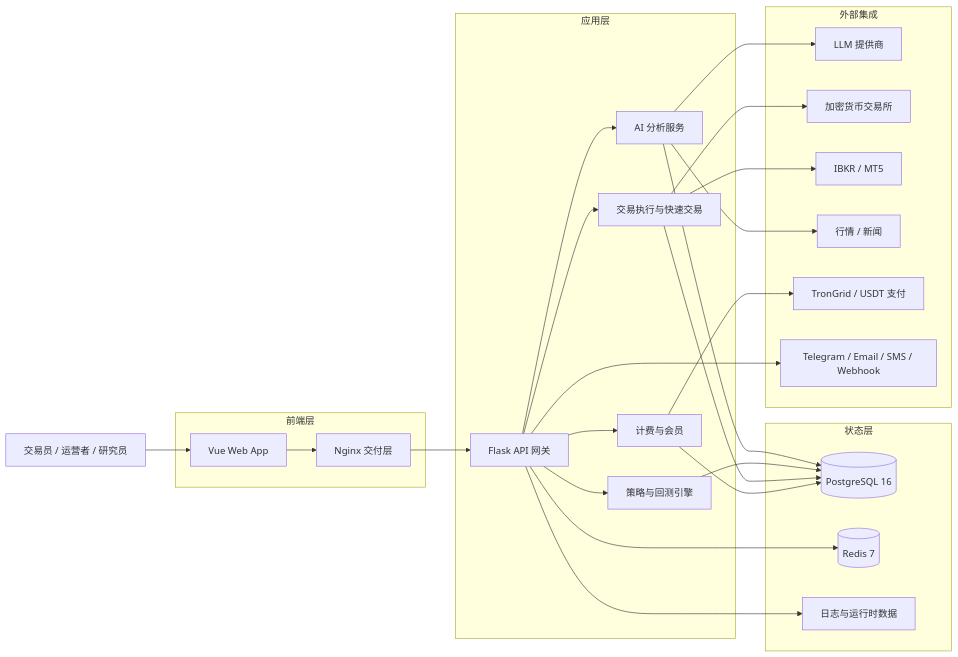
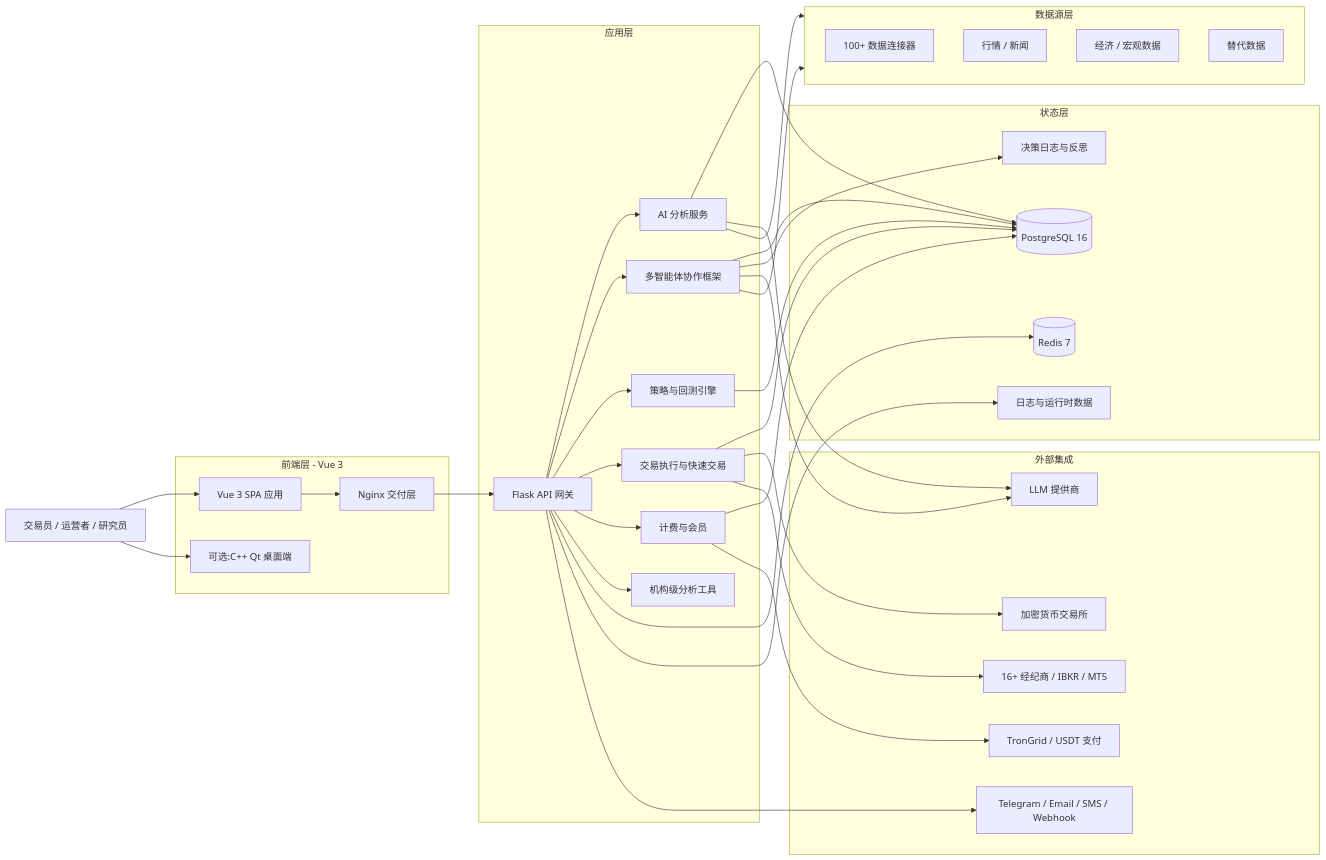
One commit to joezxh/QuantDinger changed the diagram in README_CN.md. Above: the diagram before and after it, drawn with Mermaid. The commit also changed other lines of this file and 116 other files, not shown here.

````diff
--- a/README_CN.md
+++ b/README_CN.md
@@ -297,53 +430,70 @@
 ```mermaid
 flowchart LR
     U[交易员 / 运营者 / 研究员]
 
-    subgraph FE[前端层]
-        WEB[Vue Web App]
+    subgraph FE[前端层 - Vue 3]
+        WEB[Vue 3 SPA 应用]
         NG[Nginx 交付层]
+        DESKTOP[可选:C++ Qt 桌面端]
     end
 
     subgraph BE[应用层]
         API[Flask API 网关]
         AI[AI 分析服务]
+        AGENT[多智能体协作框架]
         STRAT[策略与回测引擎]
         EXEC[交易执行与快速交易]
         BILL[计费与会员]
+        ANALYTICS[机构级分析工具]
     end
 
     subgraph DATA[状态层]
         PG[(PostgreSQL 16)]
         REDIS[(Redis 7)]
         FILES[日志与运行时数据]
+        MEMORY[决策日志与反思]
+    end
+
+    subgraph DATASRC[数据源层]
+        DS100[100+ 数据连接器]
+        MARKET[行情 / 新闻]
+        ECON[经济 / 宏观数据]
+        ALT[替代数据]
     end
 
     subgraph EXT[外部集成]
         LLM[LLM 提供商]
         EXCH[加密货币交易所]
-        BROKER[IBKR / MT5]
-        MARKET[行情 / 新闻]
+        BROKER[16+ 经纪商 / IBKR / MT5]
         PAY[TronGrid / USDT 支付]
         NOTIFY[Telegram / Email / SMS / Webhook]
     end
 
     U --> WEB
+    U --> DESKTOP
     WEB --> NG --> API
     API --> AI
+    API --> AGENT
     API --> STRAT
     API --> EXEC
     API --> BILL
+    API --> ANALYTICS
 
     AI --> PG
+    AGENT --> PG
+    AGENT --> MEMORY
     STRAT --> PG
     EXEC --> PG
     BILL --> PG
     API --> REDIS
     API --> FILES
 
     AI --> LLM
-    AI --> MARKET
+    AGENT --> LLM
+    AI --> DATASRC
+    AGENT --> DATASRC
     EXEC --> EXCH
     EXEC --> BROKER
     BILL --> PAY
     API --> NOTIFY
 ```
````
